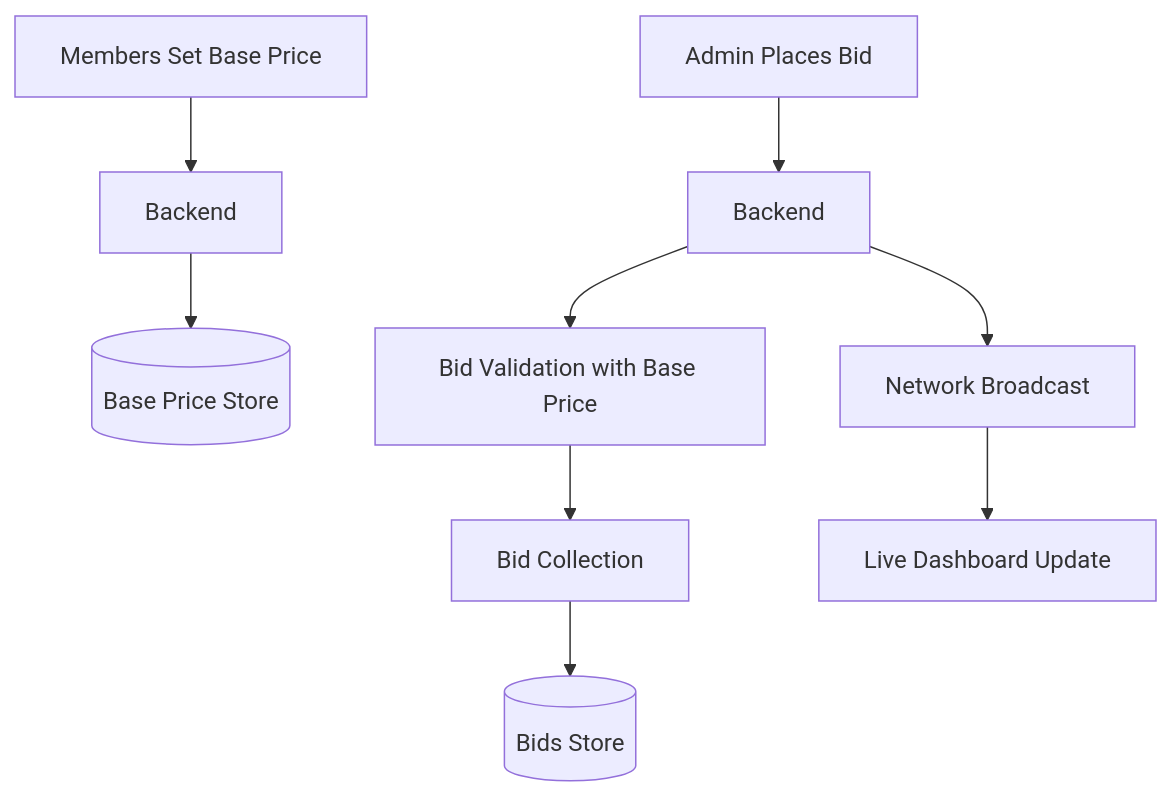
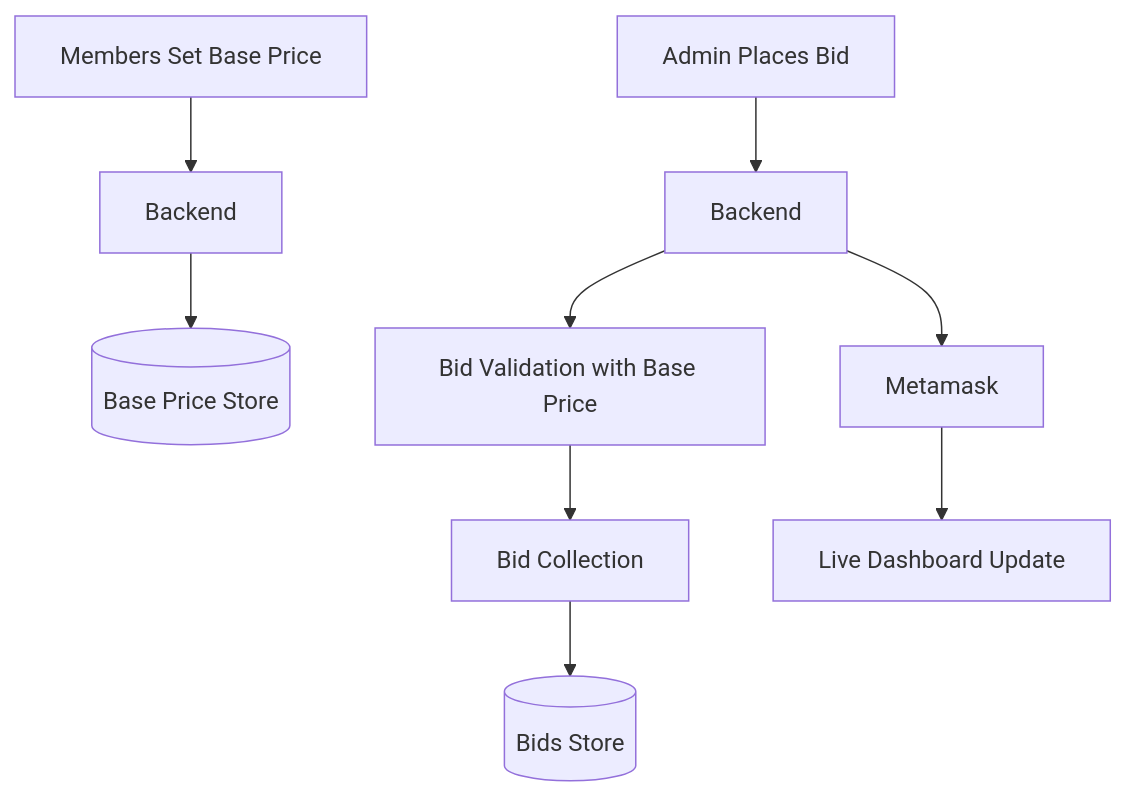
Before and after one commit to YashKerkarTech04/YAR-Coin-2.0: the seventh of 10 diagrams in README.md, drawn with Mermaid. The commit also changed other lines of this file, not shown here.

````diff
--- a/README.md
+++ b/README.md
@@ -166,13 +166,13 @@
 ```mermaid
 flowchart TD
     A[Members Set Base Price] --> B[Backend]
     B --> C[(Base Price Store)]
     
     D[Admin Places Bid] --> E[Backend]
     E --> F[Bid Validation with Base Price]
     F --> G[Bid Collection]
     G --> H[(Bids Store)]
     
-    E --> I[Network Broadcast]
+    E --> I[Metamask]
     I --> J[Live Dashboard Update]
 ```
````
